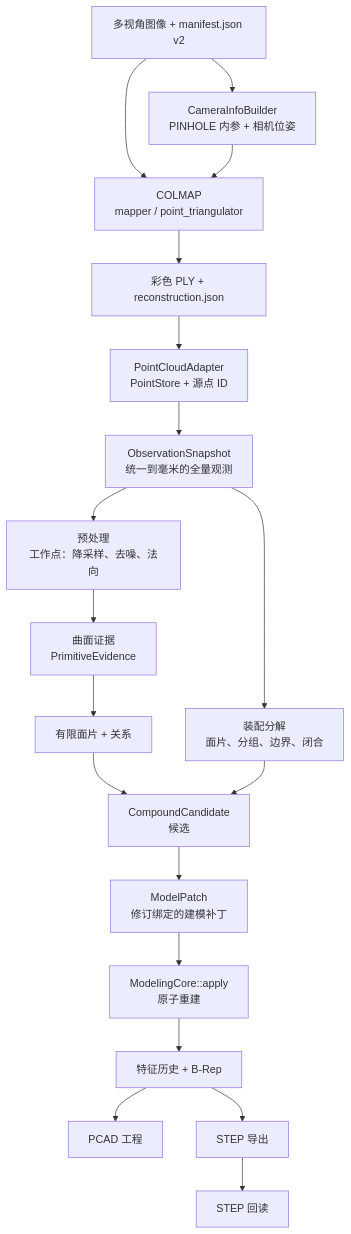
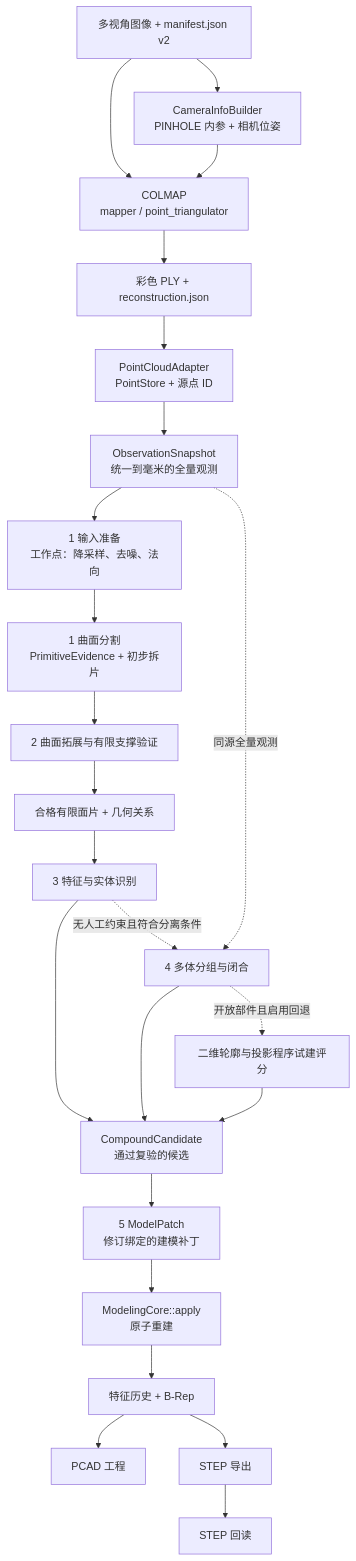
One commit to ghhufue/Bochu-ParamCAD changed the diagram in docs/site/architecture/data-flow.md. Above: the diagram before and after it, drawn with Mermaid. The commit also changed other lines of this file and 20 other files, not shown here.

````diff
--- a/docs/site/architecture/data-flow.md
+++ b/docs/site/architecture/data-flow.md
@@ -5,21 +7,26 @@
 ```mermaid
 flowchart TD
     IMG["多视角图像 + manifest.json v2"] --> CI["CameraInfoBuilder<br/>PINHOLE 内参 + 相机位姿"]
     IMG --> COL["COLMAP<br/>mapper / point_triangulator"]
     CI --> COL
     COL --> PLY["彩色 PLY + reconstruction.json"]
     PLY --> ADP["PointCloudAdapter<br/>PointStore + 源点 ID"]
     ADP --> SNAP["ObservationSnapshot<br/>统一到毫米的全量观测"]
-    SNAP --> PRE["预处理<br/>工作点：降采样、去噪、法向"]
-    PRE --> EVI["曲面证据<br/>PrimitiveEvidence"]
-    EVI --> PATCH["有限面片 + 关系"]
-    PATCH --> CAND["CompoundCandidate<br/>候选"]
-    SNAP --> ASM["装配分解<br/>面片、分组、边界、闭合"]
+    SNAP --> PRE["1 输入准备<br/>工作点：降采样、去噪、法向"]
+    PRE --> EVI["1 曲面分割<br/>PrimitiveEvidence + 初步拆片"]
+    EVI --> SUP["2 曲面拓展与有限支撑验证"]
+    SUP --> PATCH["合格有限面片 + 几何关系"]
+    PATCH --> REC["3 特征与实体识别"]
+    REC --> CAND["CompoundCandidate<br/>通过复验的候选"]
+    REC -. "无人工约束且符合分离条件" .-> ASM["4 多体分组与闭合"]
+    SNAP -. "同源全量观测" .-> ASM
     ASM --> CAND
-    CAND --> PLAN["ModelPatch<br/>修订绑定的建模补丁"]
+    ASM -. "开放部件且启用回退" .-> PROJ["二维轮廓与投影程序试建评分"]
+    PROJ --> CAND
+    CAND --> PLAN["5 ModelPatch<br/>修订绑定的建模补丁"]
     PLAN --> APPLY["ModelingCore::apply<br/>原子重建"]
     APPLY --> BREP["特征历史 + B-Rep"]
     BREP --> PCAD["PCAD 工程"]
     BREP --> STEP["STEP 导出"]
     STEP --> READ["STEP 回读"]
 ```
````
